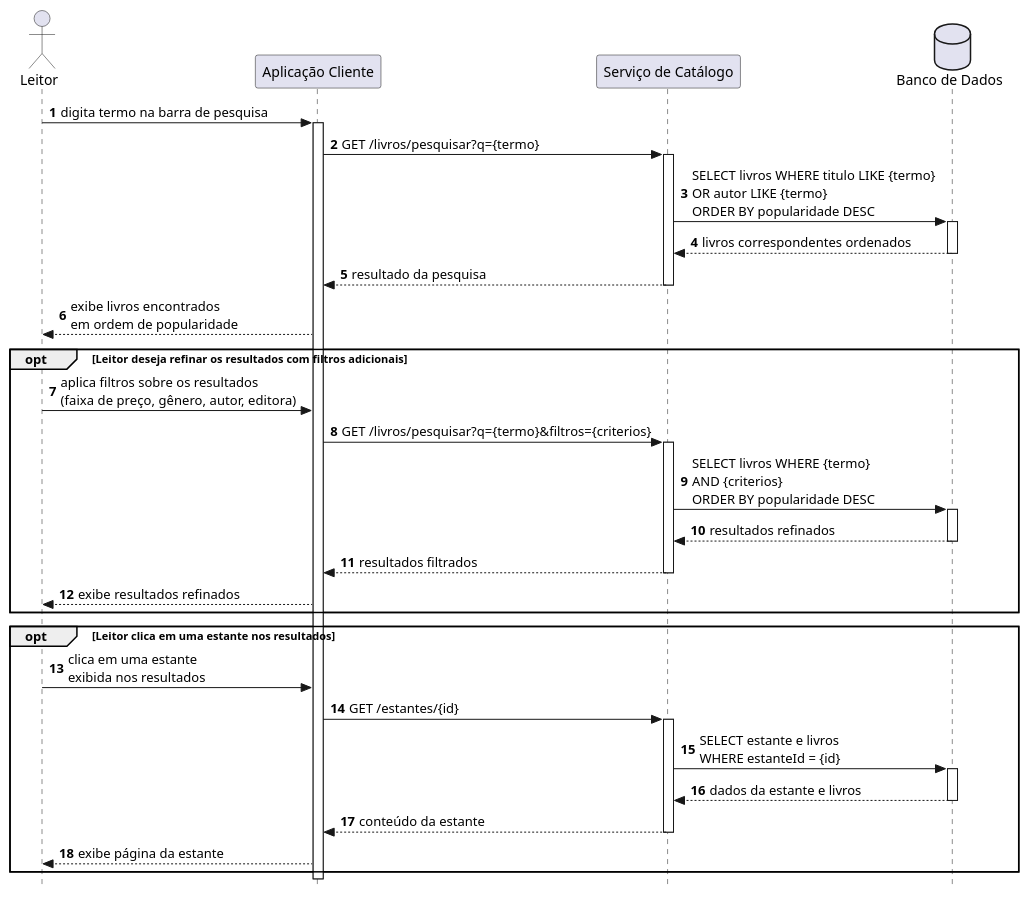
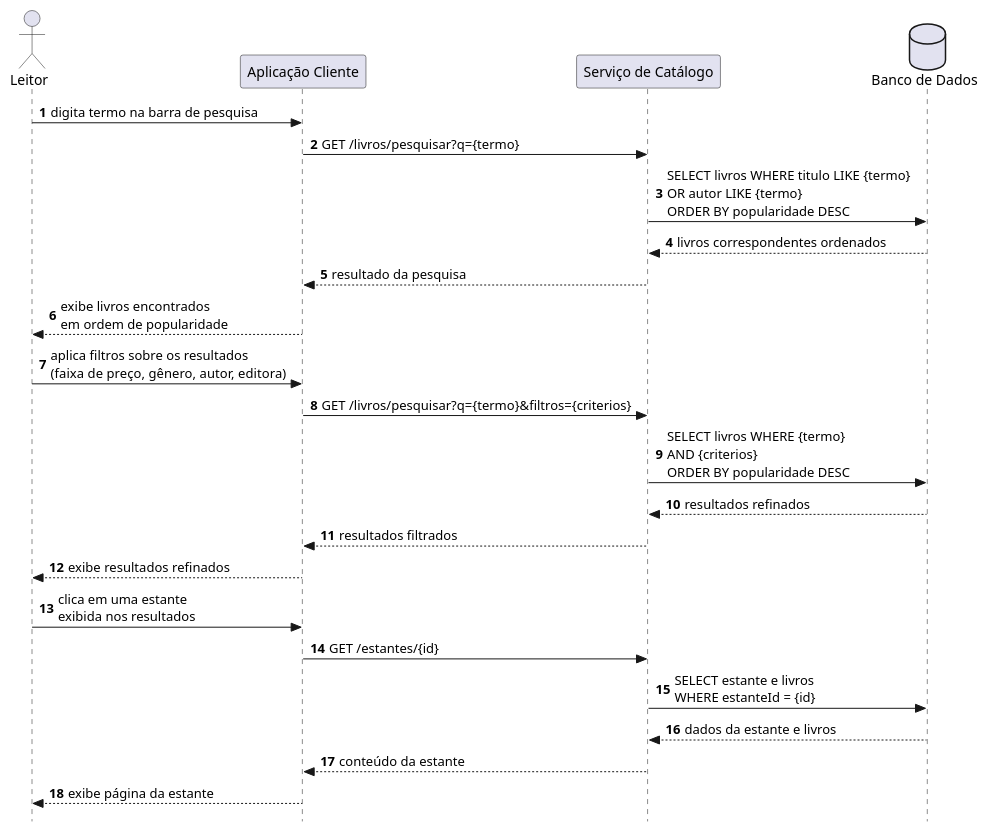
The diagram in docs/codigo-plantuml/diagramas-comunicacao/catalogo/dc-pesquisar_livros.puml (jalv21/iLib), drawn with PlantUML before and after one commit.

Commit message:
docs/criando diagrama de comunicação para pesquisar livros

```diff
--- a/docs/codigo-plantuml/diagramas-comunicacao/catalogo/dc-pesquisar_livros.puml
+++ b/docs/codigo-plantuml/diagramas-comunicacao/catalogo/dc-pesquisar_livros.puml
@@ -1,56 +1,33 @@
-@startuml ds-pesquisar_livros
+@startuml dc-pesquisar_livros
 autonumber
 skinparam style strictuml
 
 actor Leitor as "Leitor"
 participant Client          as "Aplicação Cliente"
 participant ServiceCatalogo as "Serviço de Catálogo"
 database    BD              as "Banco de Dados"
 
 Leitor -> Client : digita termo na barra de pesquisa
-activate Client
 
 Client -> ServiceCatalogo : GET /livros/pesquisar?q={termo}
-activate ServiceCatalogo
 ServiceCatalogo -> BD : SELECT livros WHERE titulo LIKE {termo}\nOR autor LIKE {termo}\nORDER BY popularidade DESC
-activate BD
 BD --> ServiceCatalogo : livros correspondentes ordenados
-deactivate BD
 ServiceCatalogo --> Client : resultado da pesquisa
-deactivate ServiceCatalogo
 
 Client --> Leitor : exibe livros encontrados\nem ordem de popularidade
 
-' ── extend: aplicar_filtros (opcional) ───
-opt Leitor deseja refinar os resultados com filtros adicionais
-    Leitor -> Client : aplica filtros sobre os resultados\n(faixa de preço, gênero, autor, editora)
-    Client -> ServiceCatalogo : GET /livros/pesquisar?q={termo}&filtros={criterios}
-    activate ServiceCatalogo
-    ServiceCatalogo -> BD : SELECT livros WHERE {termo}\nAND {criterios}\nORDER BY popularidade DESC
-    activate BD
-    BD --> ServiceCatalogo : resultados refinados
-    deactivate BD
-    ServiceCatalogo --> Client : resultados filtrados
-    deactivate ServiceCatalogo
-    Client --> Leitor : exibe resultados refinados
-end
-' ─────────────────────────────────────────
+Leitor -> Client : aplica filtros sobre os resultados\n(faixa de preço, gênero, autor, editora)
+Client -> ServiceCatalogo : GET /livros/pesquisar?q={termo}&filtros={criterios}
+ServiceCatalogo -> BD : SELECT livros WHERE {termo}\nAND {criterios}\nORDER BY popularidade DESC
+BD --> ServiceCatalogo : resultados refinados
+ServiceCatalogo --> Client : resultados filtrados
+Client --> Leitor : exibe resultados refinados
 
-' ── extend: acessar_estante (opcional) ───
-opt Leitor clica em uma estante nos resultados
-    Leitor -> Client : clica em uma estante\nexibida nos resultados
-    Client -> ServiceCatalogo : GET /estantes/{id}
-    activate ServiceCatalogo
-    ServiceCatalogo -> BD : SELECT estante e livros\nWHERE estanteId = {id}
-    activate BD
-    BD --> ServiceCatalogo : dados da estante e livros
-    deactivate BD
-    ServiceCatalogo --> Client : conteúdo da estante
-    deactivate ServiceCatalogo
-    Client --> Leitor : exibe página da estante
-end
-' ─────────────────────────────────────────
-
-deactivate Client
+Leitor -> Client : clica em uma estante\nexibida nos resultados
+Client -> ServiceCatalogo : GET /estantes/{id}
+ServiceCatalogo -> BD : SELECT estante e livros\nWHERE estanteId = {id}
+BD --> ServiceCatalogo : dados da estante e livros
+ServiceCatalogo --> Client : conteúdo da estante
+Client --> Leitor : exibe página da estante
 
 @enduml
```
